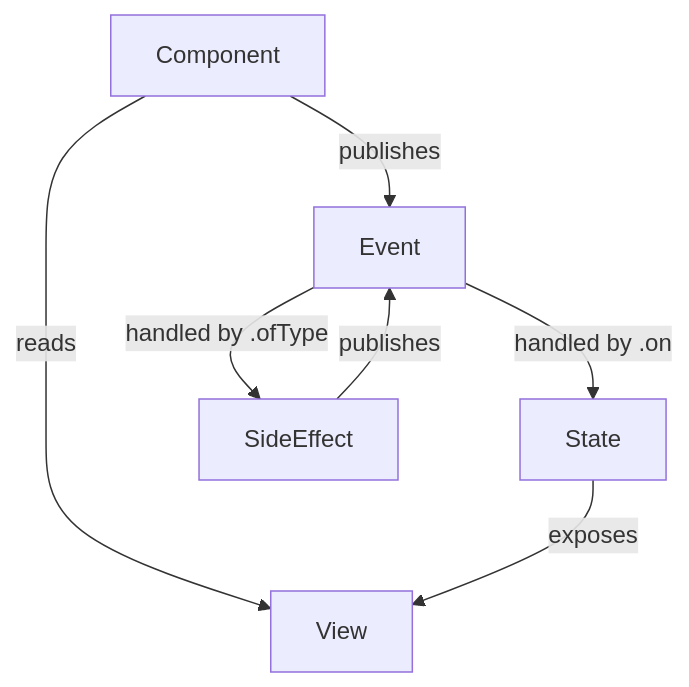
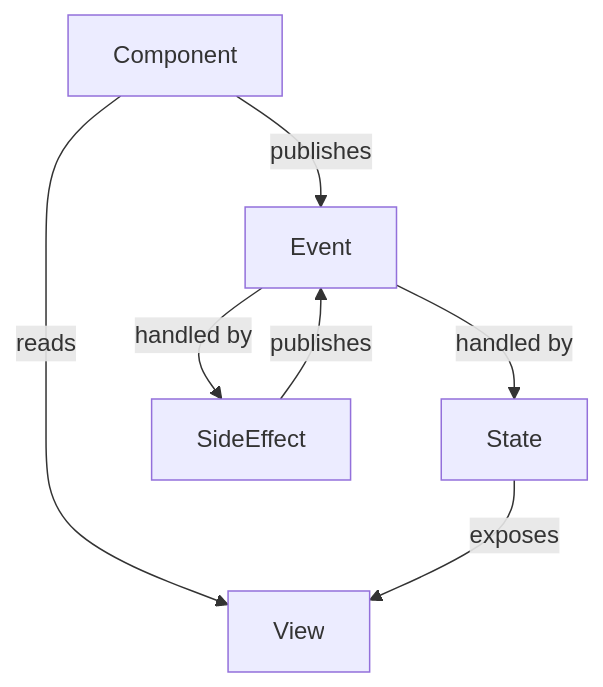
One commit to fredyang/evst changed the diagram in packages/store/README.md. Above: the diagram before and after it, drawn with Mermaid.

````diff
--- a/packages/store/README.md
+++ b/packages/store/README.md
@@ -26,9 +26,9 @@
 ```mermaid
 flowchart TB
   component[Component] -->|reads| view[View]
   component -->|publishes| event[Event]
-  event -->|handled by .on| state[State]
-  event -->|handled by .ofType| effect[SideEffect]
+  event -->|handled by| state[State]
+  event -->|handled by| effect[SideEffect]
   effect -->|publishes| event
   state -->|exposes| view
 ```
````
